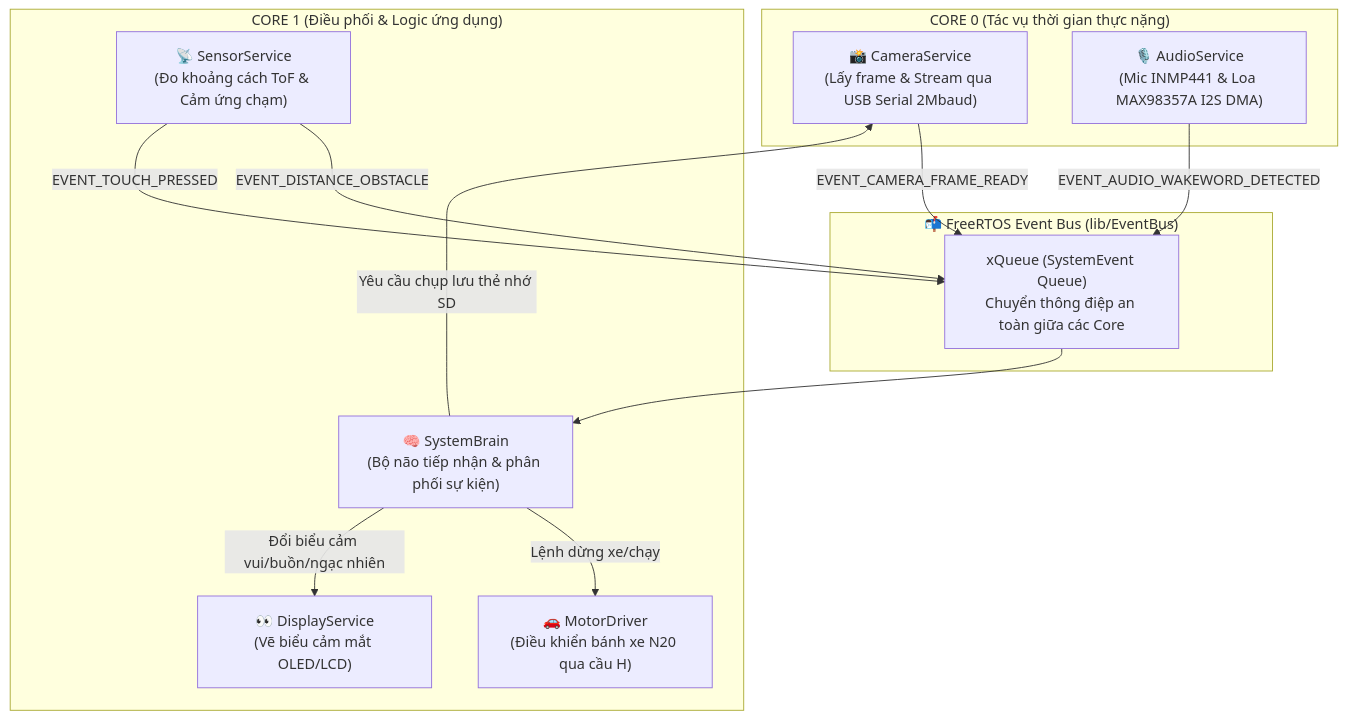
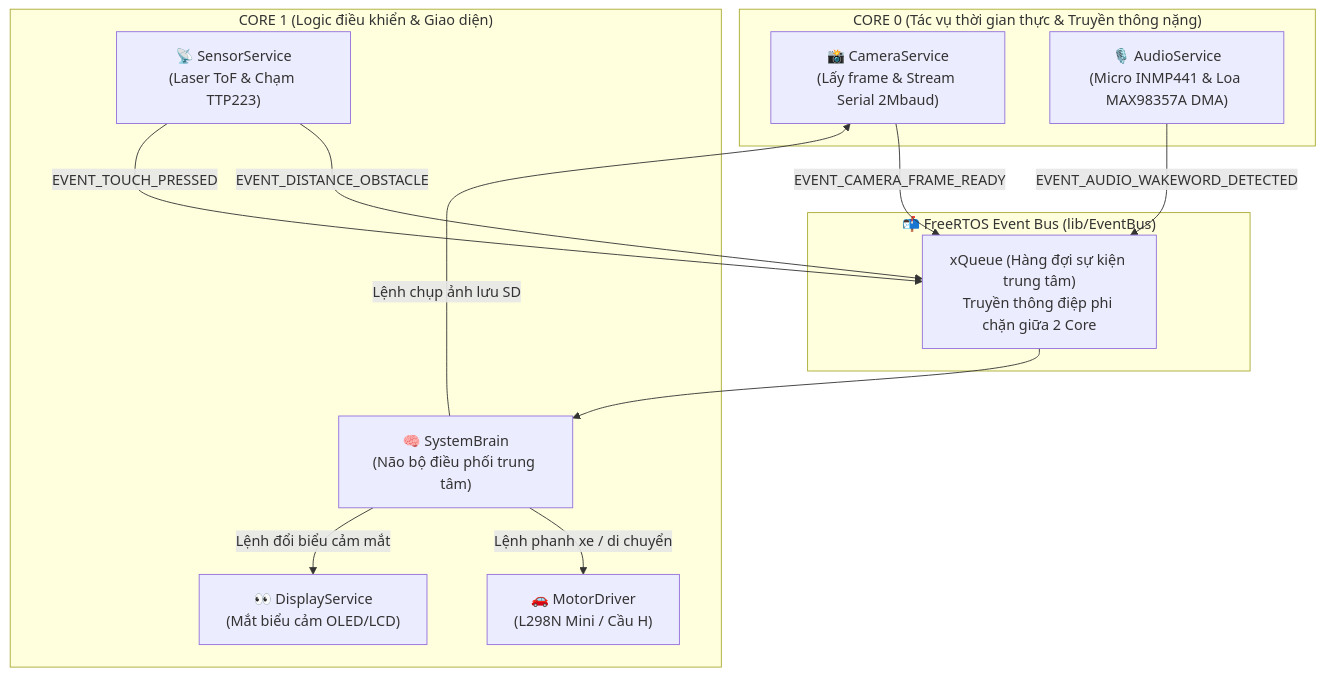
The diagram in README.md (namp12/robot_xiaozhi), drawn with Mermaid before and after one commit. The commit also changed other lines of this file, not shown here.

Commit message:
docs: enrich README with detailed section-by-section guides and diagrams

````diff
--- a/README.md
+++ b/README.md
@@ -36,28 +45,28 @@
 ```mermaid
 flowchart TD
-    subgraph Core0 ["CORE 0 (Tác vụ thời gian thực nặng)"]
-        Cam["📸 CameraService<br/>(Lấy frame & Stream qua USB Serial 2Mbaud)"]
-        Audio["🎙️ AudioService<br/>(Mic INMP441 & Loa MAX98357A I2S DMA)"]
+    subgraph Core0 ["CORE 0 (Tác vụ thời gian thực & Truyền thông nặng)"]
+        Cam["📸 CameraService<br/>(Lấy frame & Stream Serial 2Mbaud)"]
+        Audio["🎙️ AudioService<br/>(Micro INMP441 & Loa MAX98357A DMA)"]
     end
 
     subgraph Bus ["📬 FreeRTOS Event Bus (lib/EventBus)"]
-        Queue["xQueue (SystemEvent Queue)<br/>Chuyển thông điệp an toàn giữa các Core"]
+        Queue["xQueue (Hàng đợi sự kiện trung tâm)<br/>Truyền thông điệp phi chặn giữa 2 Core"]
     end
 
-    subgraph Core1 ["CORE 1 (Điều phối & Logic ứng dụng)"]
-        Brain["🧠 SystemBrain<br/>(Bộ não tiếp nhận & phân phối sự kiện)"]
-        Motor["🚗 MotorDriver<br/>(Điều khiển bánh xe N20 qua cầu H)"]
-        Screen["👀 DisplayService<br/>(Vẽ biểu cảm mắt OLED/LCD)"]
-        Sensors["📡 SensorService<br/>(Đo khoảng cách ToF & Cảm ứng chạm)"]
+    subgraph Core1 ["CORE 1 (Logic điều khiển & Giao diện)"]
+        Brain["🧠 SystemBrain<br/>(Não bộ điều phối trung tâm)"]
+        Motor["🚗 MotorDriver<br/>(L298N Mini / Cầu H)"]
+        Screen["👀 DisplayService<br/>(Mắt biểu cảm OLED/LCD)"]
+        Sensors["📡 SensorService<br/>(Laser ToF & Chạm TTP223)"]
     end
 
     Cam -->|EVENT_CAMERA_FRAME_READY| Queue
     Sensors -->|EVENT_DISTANCE_OBSTACLE| Queue
     Sensors -->|EVENT_TOUCH_PRESSED| Queue
     Audio -->|EVENT_AUDIO_WAKEWORD_DETECTED| Queue
 
     Queue --> Brain
-    Brain -->|Lệnh dừng xe/chạy| Motor
-    Brain -->|Đổi biểu cảm vui/buồn/ngạc nhiên| Screen
-    Brain -->|Yêu cầu chụp lưu thẻ nhớ SD| Cam
+    Brain -->|Lệnh phanh xe / di chuyển| Motor
+    Brain -->|Lệnh đổi biểu cảm mắt| Screen
+    Brain -->|Lệnh chụp ảnh lưu SD| Cam
 ```
````
